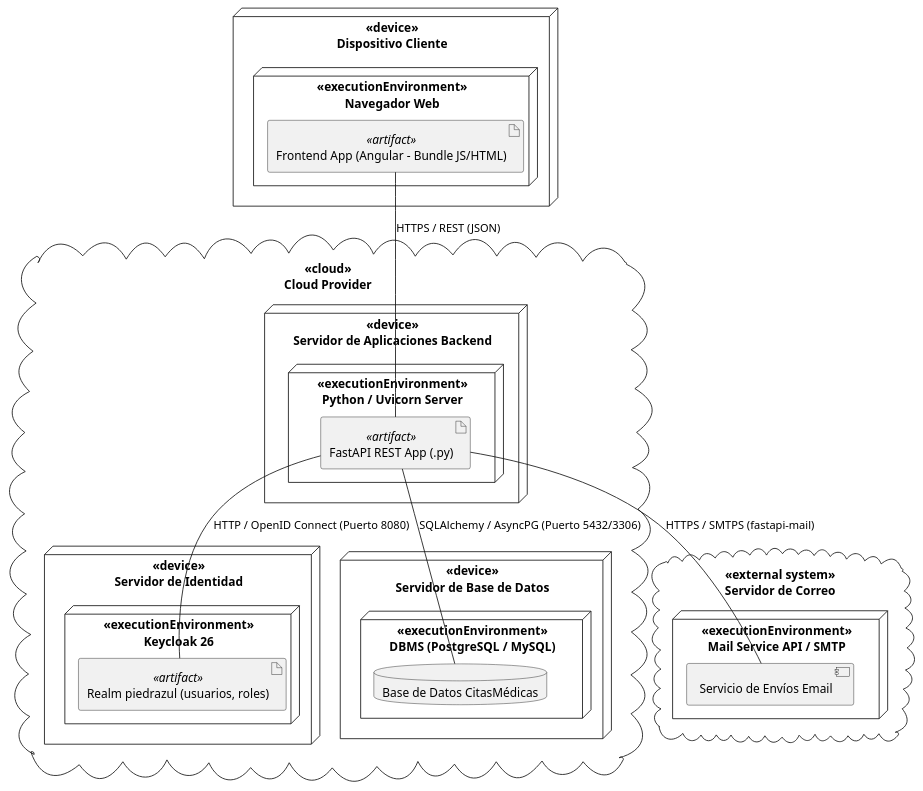
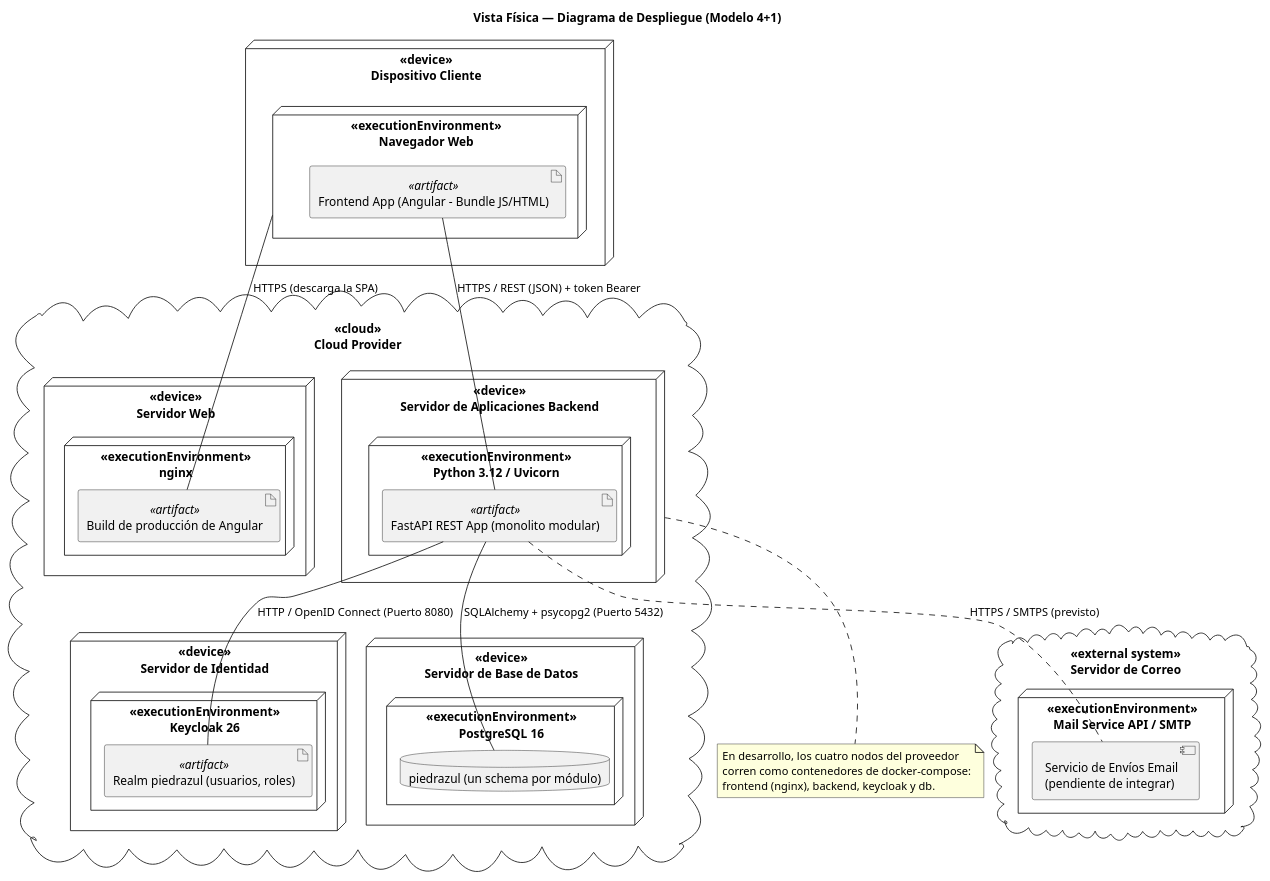
One commit to SantiagoGutierrez11/piedrazul-monolitic changed the diagram in docs/architecture/actividad6-diagrama-despliegue.puml. Above: the diagram before and after it, drawn with PlantUML. The commit also changed 8 other files, not shown here.

Commit message:
Align context, scenario and deployment diagrams with the implemented flows

```diff
--- a/docs/architecture/actividad6-diagrama-despliegue.puml
+++ b/docs/architecture/actividad6-diagrama-despliegue.puml
@@ -1,47 +1,61 @@
 @startuml DiagramaDeDespliegue
+title Vista Física — Diagrama de Despliegue (Modelo 4+1)
 skinparam componentStyle uml2
 
 ' ==========================================
 ' NODOS Y DISPOSITIVOS (Infraestructura)
 ' ==========================================
 node "<<device>>\nDispositivo Cliente" as Cliente {
   node "<<executionEnvironment>>\nNavegador Web" as Navegador {
     artifact "Frontend App (Angular - Bundle JS/HTML)" as AngularApp <<artifact>>
   }
 }
 
 cloud "<<cloud>>\nCloud Provider" {
+  node "<<device>>\nServidor Web" as WebServer {
+    node "<<executionEnvironment>>\nnginx" as Nginx {
+      artifact "Build de producción de Angular" as AngularBuild <<artifact>>
+    }
+  }
+
   node "<<device>>\nServidor de Aplicaciones Backend" as AppServer {
-    node "<<executionEnvironment>>\nPython / Uvicorn Server" as PythonEnv {
-      artifact "FastAPI REST App (.py)" as BackendApp <<artifact>>
+    node "<<executionEnvironment>>\nPython 3.12 / Uvicorn" as PythonEnv {
+      artifact "FastAPI REST App (monolito modular)" as BackendApp <<artifact>>
     }
   }
 
   node "<<device>>\nServidor de Identidad" as IdpServer {
     node "<<executionEnvironment>>\nKeycloak 26" as KeycloakEnv {
       artifact "Realm piedrazul (usuarios, roles)" as Realm <<artifact>>
     }
   }
 
   node "<<device>>\nServidor de Base de Datos" as DBServer {
-    node "<<executionEnvironment>>\nDBMS (PostgreSQL / MySQL)" as DBMS {
-      database "Base de Datos CitasMédicas" as DB
+    node "<<executionEnvironment>>\nPostgreSQL 16" as DBMS {
+      database "piedrazul (un schema por módulo)" as DB
     }
   }
 }
 
 cloud "<<external system>>\nServidor de Correo" as MailServer {
   node "<<executionEnvironment>>\nMail Service API / SMTP" as Engine {
-    component "Servicio de Envíos Email" as MailComponent
+    component "Servicio de Envíos Email\n(pendiente de integrar)" as MailComponent
   }
 }
 
 ' ==========================================
 ' CONEXIONES Y PROTOCOLOS
 ' ==========================================
-AngularApp -- BackendApp : HTTPS / REST (JSON)
-BackendApp -- DB : SQLAlchemy / AsyncPG (Puerto 5432/3306)
+Navegador -- AngularBuild : HTTPS (descarga la SPA)
+AngularApp -- BackendApp : HTTPS / REST (JSON) + token Bearer
+BackendApp -- DB : SQLAlchemy + psycopg2 (Puerto 5432)
 BackendApp -- Realm : HTTP / OpenID Connect (Puerto 8080)
-BackendApp -- MailComponent : HTTPS / SMTPS (fastapi-mail)
+BackendApp .. MailComponent : HTTPS / SMTPS (previsto)
+
+note bottom of AppServer
+  En desarrollo, los cuatro nodos del proveedor
+  corren como contenedores de docker-compose:
+  frontend (nginx), backend, keycloak y db.
+end note
 
 @enduml
```
